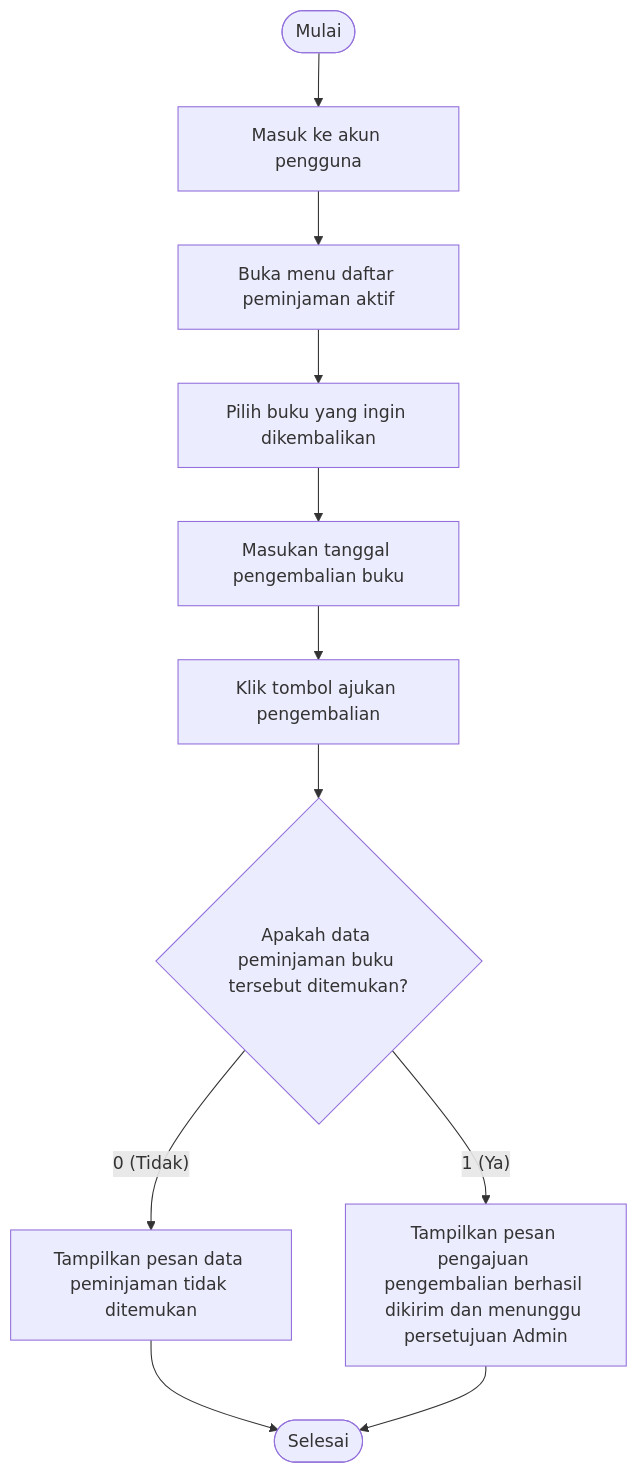
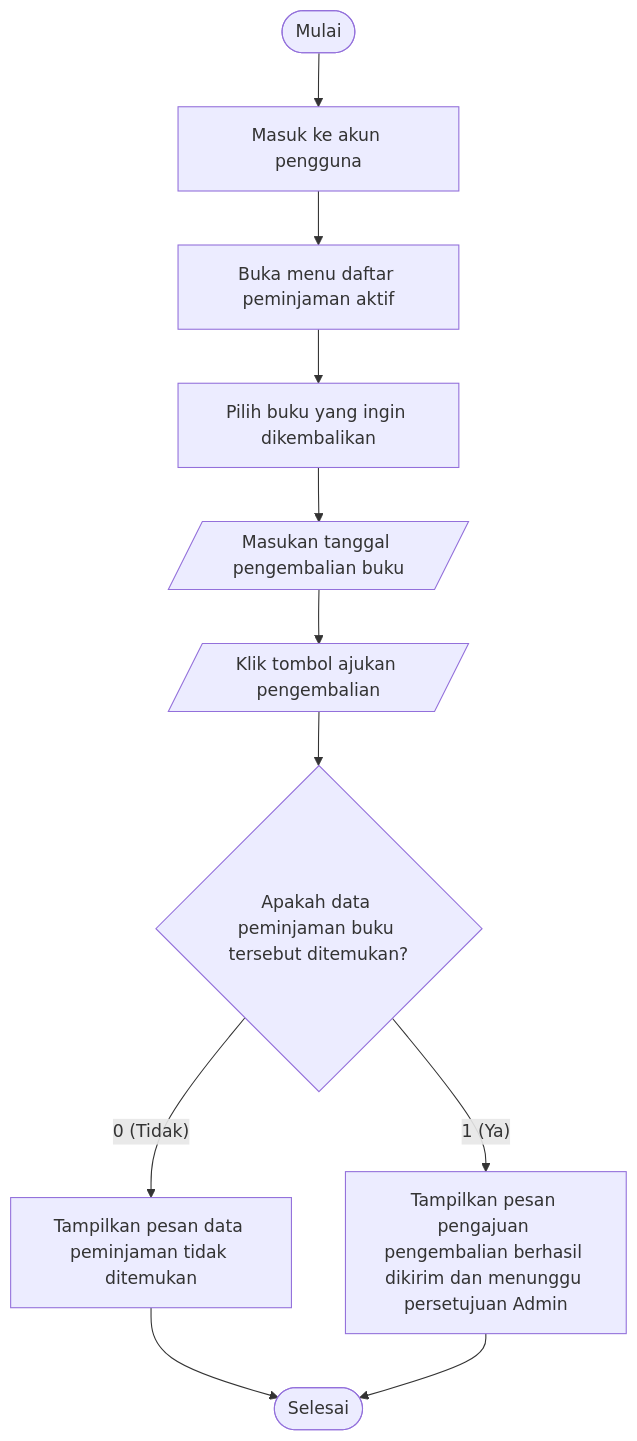
Before and after one commit to dimstyle/ruang-baca: the diagram in docs/uml/src/diagrams/list-diagrams/flowchart-pengembalian.mmd, drawn with Mermaid. The commit also changed 78 other files, not shown here.

Commit message:
docs(uml): use parallelogram shape for input and button actions in flowchart and activity diagrams

```diff
--- a/docs/uml/src/diagrams/list-diagrams/flowchart-pengembalian.mmd
+++ b/docs/uml/src/diagrams/list-diagrams/flowchart-pengembalian.mmd
@@ -1,11 +1,11 @@
 flowchart TD
     start(["Mulai"]) --> loginUser["Masuk ke akun pengguna"]
     loginUser --> openActive["Buka menu daftar peminjaman aktif"]
     openActive --> selectBook["Pilih buku yang ingin dikembalikan"]
-    selectBook --> inputDate["Masukan tanggal pengembalian buku"]
-    inputDate --> clickReturn["Klik tombol ajukan pengembalian"]
+    selectBook --> inputDate[/"Masukan tanggal pengembalian buku"/]
+    inputDate --> clickReturn[/"Klik tombol ajukan pengembalian"/]
     clickReturn --> checkFound{"Apakah data peminjaman buku tersebut ditemukan?"}
     checkFound -->|"0 (Tidak)"| notFound["Tampilkan pesan data peminjaman tidak ditemukan"]
     notFound --> finish(["Selesai"])
     checkFound -->|"1 (Ya)"| submitted["Tampilkan pesan pengajuan pengembalian berhasil dikirim dan menunggu persetujuan Admin"]
     submitted --> finish
```
